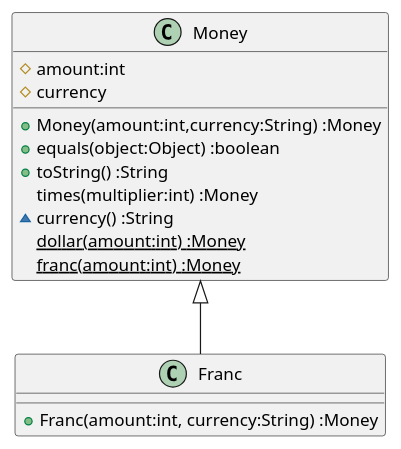
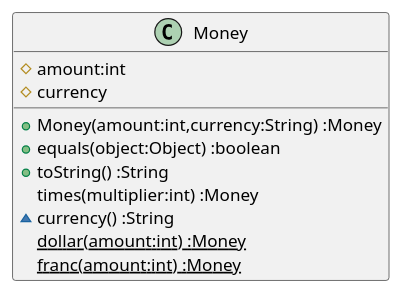
Before and after one commit to k2works/etude_for_java: the diagram in docs/src/TDD.md, drawn with PlantUML. The commit also changed other lines of this file and 4 other files, not shown here.

````diff
--- a/docs/src/TDD.md
+++ b/docs/src/TDD.md
@@ -62,17 +62,13 @@
 ```puml
-class Franc {
-  +Franc(amount:int, currency:String) :Money
-}
 class Money {
   #amount:int
   #currency  
   +Money(amount:int,currency:String) :Money
   +equals(object:Object) :boolean  
   +toString() :String
   times(multiplier:int) :Money
   ~currency() :String
   {static} dollar(amount:int) :Money
   {static} franc(amount:int) :Money  
 }
-Money <|-- Franc
 ```
````
